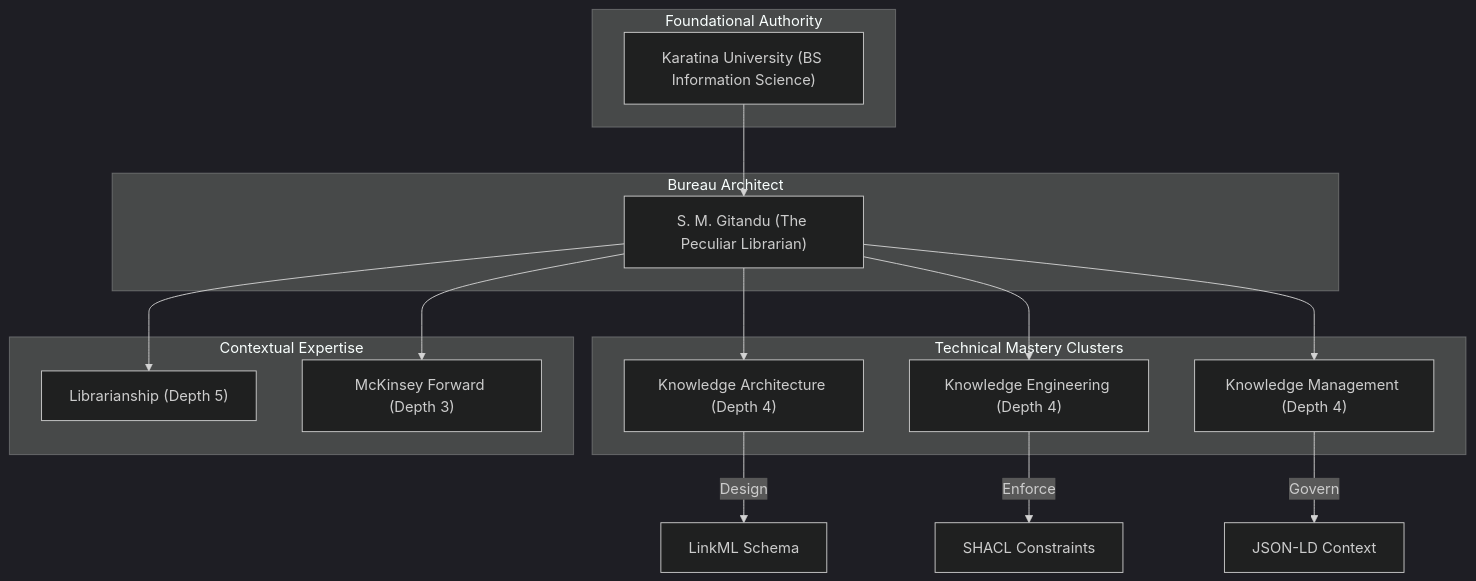
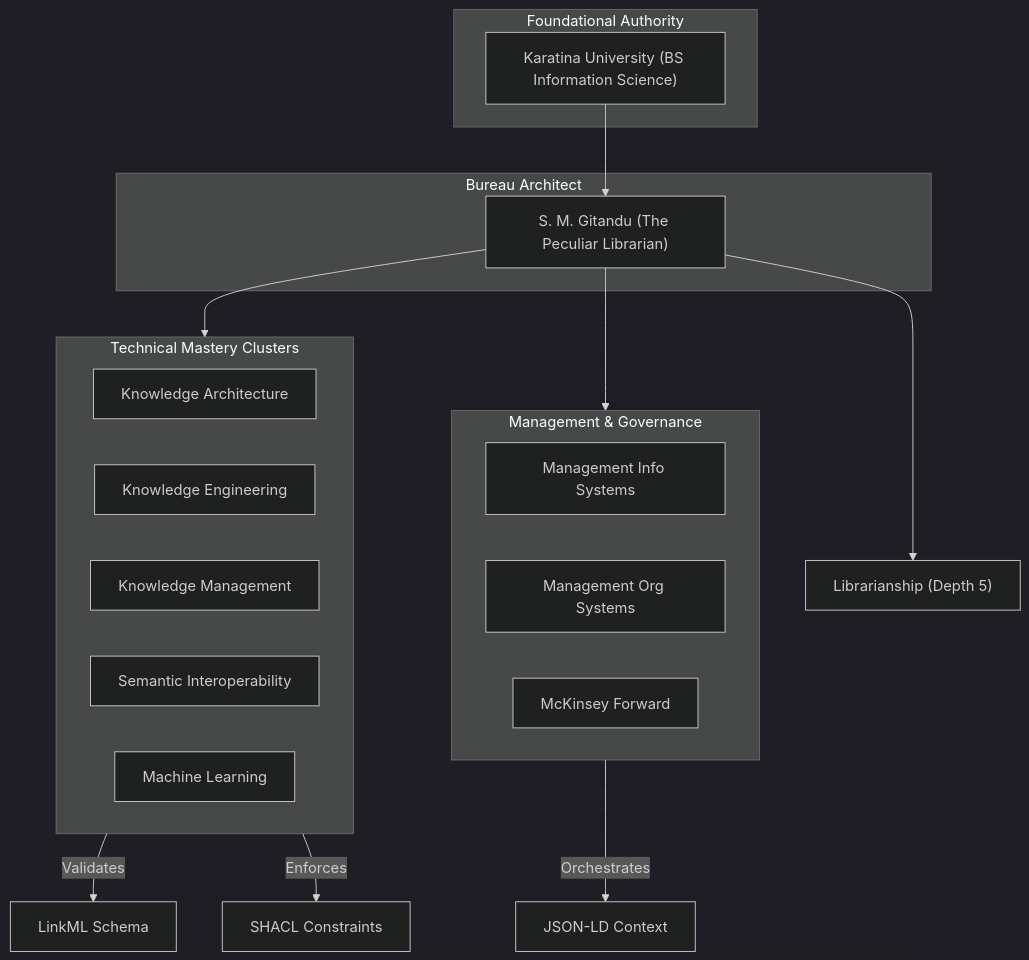
One commit to peculiarlibrary/padi-authority-control changed the diagram in README.md. Above: the diagram before and after it, drawn with Mermaid (dark theme). The commit also changed other lines of this file, not shown here.

Commit message:
docs: Update Knowledge Graph with ML, SI, MIS, and MOS clusters

````diff
--- a/README.md
+++ b/README.md
@@ -7,32 +7,33 @@
 ```mermaid
 graph TD
     subgraph Academic_Root [Foundational Authority]
         KU["Karatina University (BS Information Science)"]
     end
 
     subgraph Personal_Agent [Bureau Architect]
         SMG["S. M. Gitandu (The Peculiar Librarian)"]
     end
 
-    subgraph Knowledge_Pillars [Technical Mastery Clusters]
-        KA["Knowledge Architecture (Depth 4)"]
-        KE["Knowledge Engineering (Depth 4)"]
-        KM["Knowledge Management (Depth 4)"]
+    subgraph Tech_Mastery [Technical Mastery Clusters]
+        KA["Knowledge Architecture"]
+        KE["Knowledge Engineering"]
+        KM["Knowledge Management"]
+        SI["Semantic Interoperability"]
+        ML["Machine Learning"]
     end
 
-    subgraph Authority_Clusters [Contextual Expertise]
-        LIS["Librarianship (Depth 5)"]
-        MCK["McKinsey Forward (Depth 3)"]
+    subgraph Systems_Governance [Management & Governance]
+        MIS["Management Info Systems"]
+        MOS["Management Org Systems"]
+        MCK["McKinsey Forward"]
     end
 
     KU --> SMG
-    SMG --> LIS
-    SMG --> MCK
-    SMG --> KA
-    SMG --> KE
-    SMG --> KM
+    SMG --> LIS["Librarianship (Depth 5)"]
+    SMG --> Tech_Mastery
+    SMG --> Systems_Governance
 
-    KA --> |Design| LML["LinkML Schema"]
-    KE --> |Enforce| SHC["SHACL Constraints"]
-    KM --> |Govern| JLD["JSON-LD Context"]
+    Tech_Mastery --> |Validates| LML["LinkML Schema"]
+    Tech_Mastery --> |Enforces| SHC["SHACL Constraints"]
+    Systems_Governance --> |Orchestrates| JLD["JSON-LD Context"]
 ```
````
